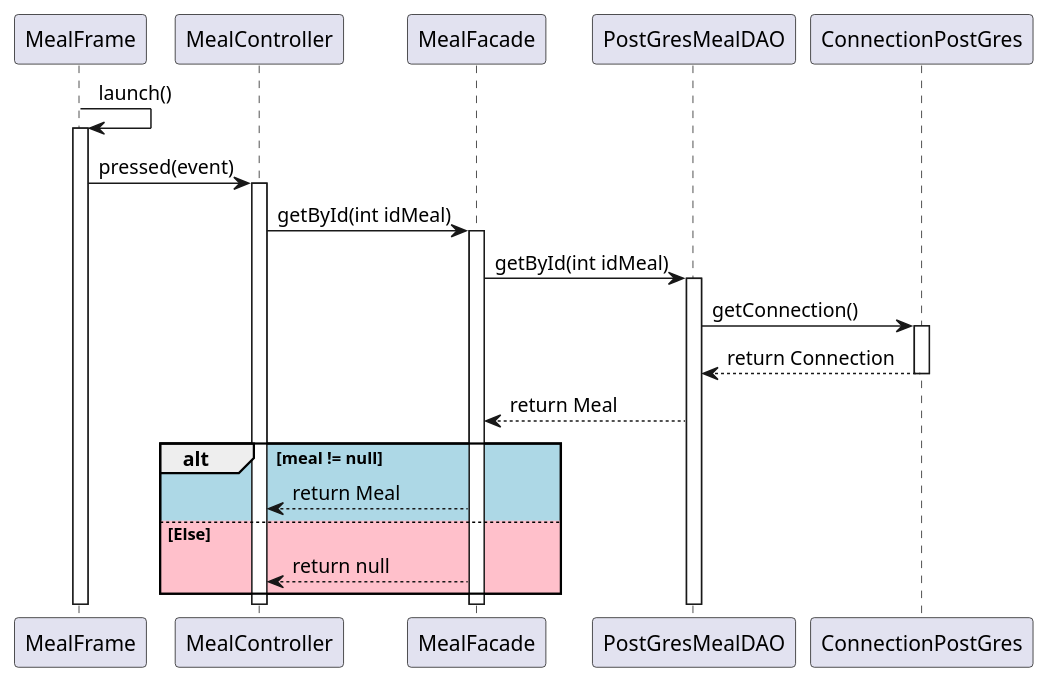
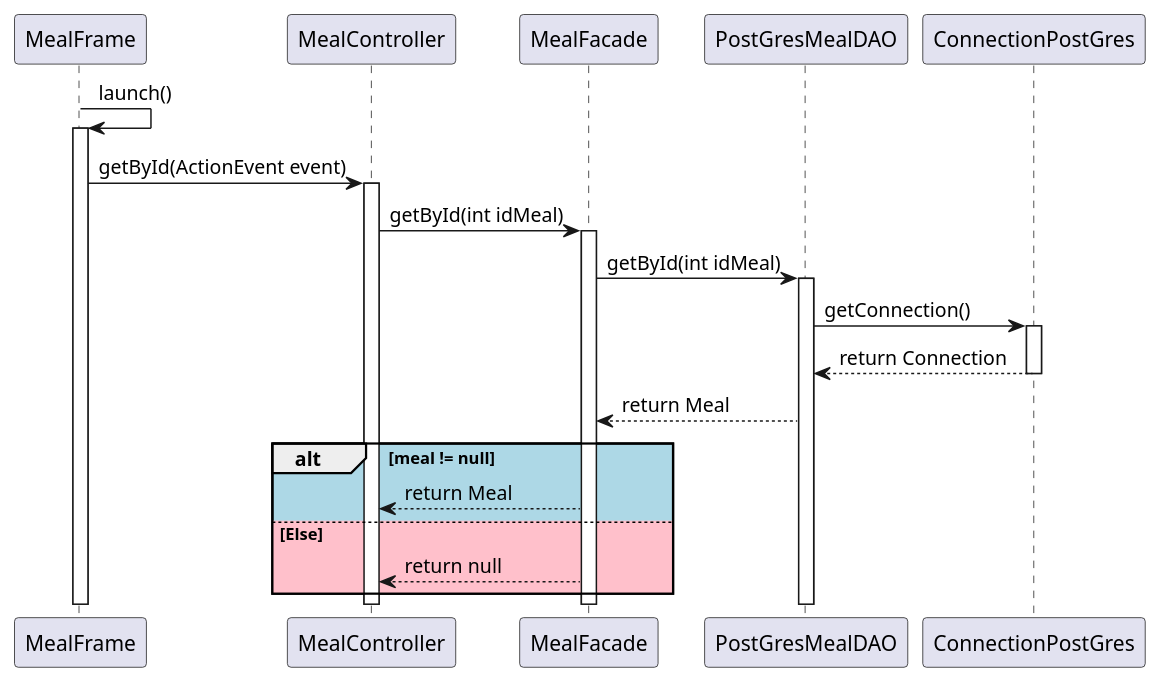
Before and after one commit to thmsfnr/Simplify: the diagram in diagrammes/Meal/meal-getById.plantuml, drawn with PlantUML. The commit also changed 11 other files, not shown here.

Commit message:
correction diagramme classe et sequence meal

```diff
--- a/diagrammes/Meal/meal-getById.plantuml
+++ b/diagrammes/Meal/meal-getById.plantuml
@@ -1,37 +1,37 @@
 @startuml
 MealFrame -> MealFrame : launch()
 activate MealFrame
 
-MealFrame -> MealController: pressed(event)
+MealFrame -> MealController: getById(ActionEvent event)
 activate MealController
 
 MealController -> MealFacade: getById(int idMeal)
 activate MealFacade
 
 MealFacade -> PostGresMealDAO : getById(int idMeal)
 activate PostGresMealDAO
 
 PostGresMealDAO -> ConnectionPostGres : getConnection()
 activate ConnectionPostGres
 ConnectionPostGres --> PostGresMealDAO : return Connection
 deactivate ConnectionPostGres
 PostGresMealDAO --> MealFacade : return Meal
 
 
 alt #LightBlue meal != null
 
     MealFacade --> MealController: return Meal
 
 else #Pink Else
 
     MealFacade --> MealController: return null
 end
 
 
 deactivate PostGresMealDAO
 deactivate MealFacade
 deactivate MealController
 deactivate MealFrame
 
 
 @enduml
```
